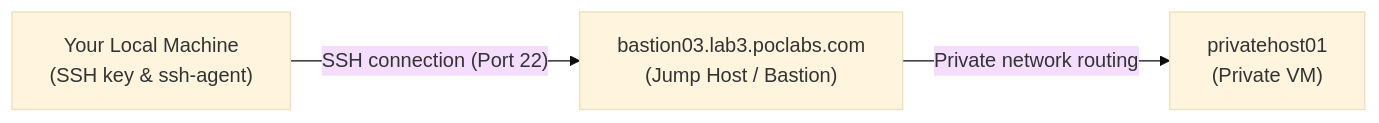
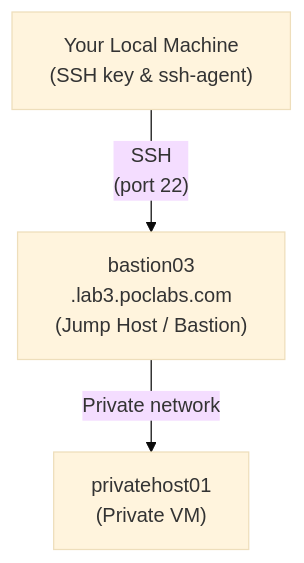
Before and after one commit to jose-oc/joseoc-dev: the first of 2 diagrams in src/content/en/how-to/ssh-jump-host.md, drawn with Mermaid (base theme). The commit also changed 1 other file, not shown here.

Commit message:
Rehace el primer diagrama de SSH en vertical con etiquetas cortas para que no se recorte el texto

````diff
--- a/src/content/en/how-to/ssh-jump-host.md
+++ b/src/content/en/how-to/ssh-jump-host.md
@@ -29,9 +29,9 @@
 ```mermaid
-flowchart LR
+flowchart TB
     Mac["Your Local Machine<br/>(SSH key & ssh-agent)"]
-    Jump["bastion03.lab3.poclabs.com<br/>(Jump Host / Bastion)"]
+    Jump["bastion03<br/>.lab3.poclabs.com<br/>(Jump Host / Bastion)"]
     Registry["privatehost01<br/>(Private VM)"]
 
-    Mac -->|"SSH connection (Port 22)"| Jump
-    Jump -->|"Private network routing"| Registry
+    Mac -->|"SSH<br/>(port 22)"| Jump
+    Jump -->|"Private network"| Registry
 ```
````
